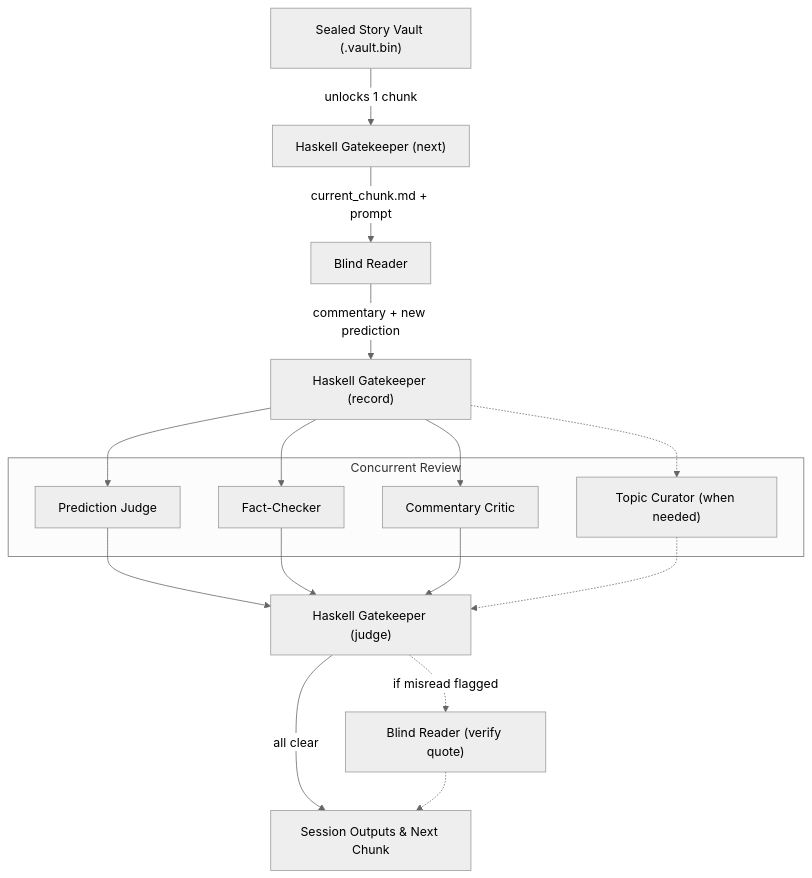
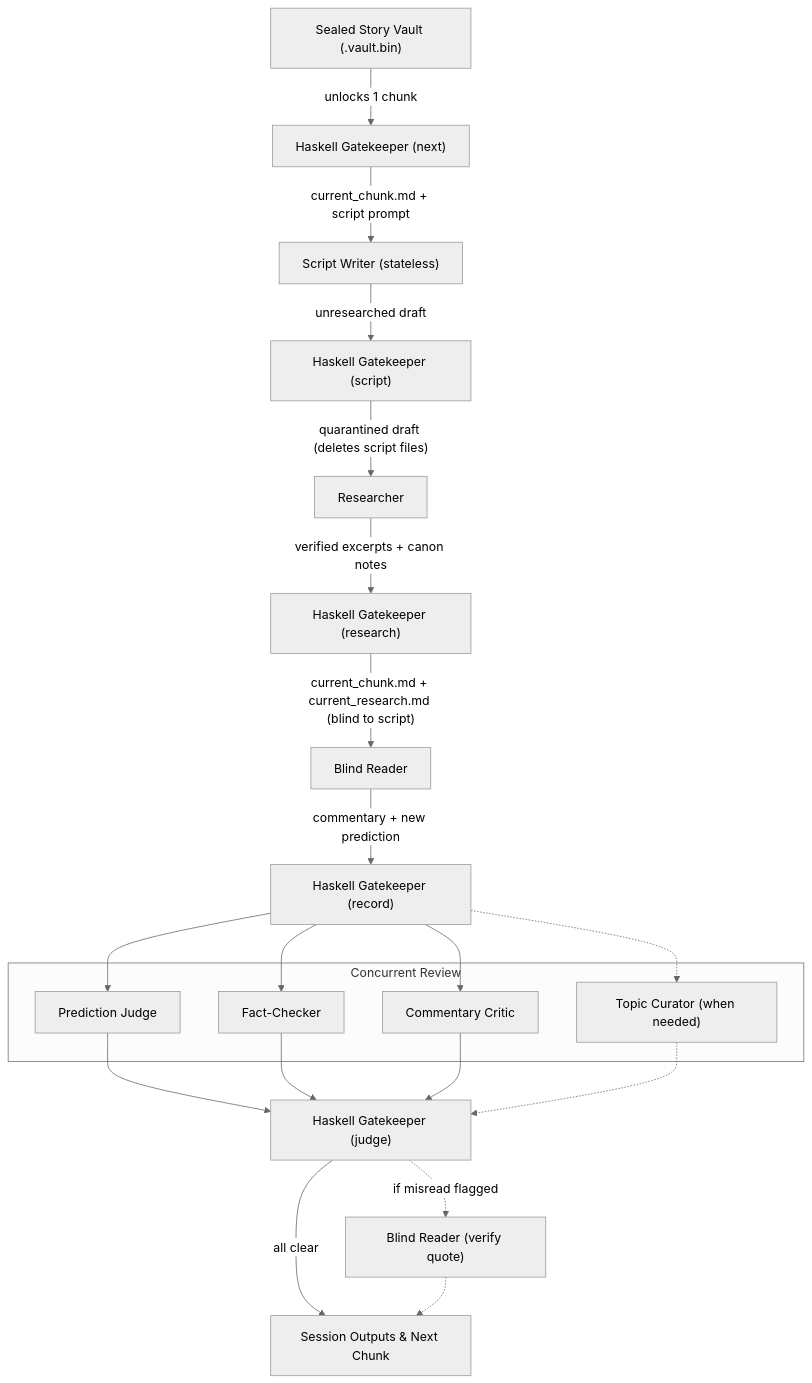
One commit to chungyc/agent-lets-read changed the diagram in README.md. Above: the diagram before and after it, drawn with Mermaid (neutral theme). The commit also changed other lines of this file and 26 other files, not shown here.

Commit message:
Workflow with script writer and researcher.

````diff
--- a/README.md
+++ b/README.md
@@ -110,27 +111,31 @@
 ```mermaid
 flowchart TD
     V["Sealed Story Vault (.vault.bin)"] -->|"unlocks 1 chunk"| GK1["Haskell Gatekeeper (next)"]
-    GK1 -->|"current_chunk.md + prompt"| BR["Blind Reader"]
+    GK1 -->|"current_chunk.md + script prompt"| SW["Script Writer (stateless)"]
+    SW -->|"unresearched draft"| GK_S["Haskell Gatekeeper (script)"]
+    GK_S -->|"quarantined draft (deletes script files)"| RES["Researcher"]
+    RES -->|"verified excerpts + canon notes"| GK_R["Haskell Gatekeeper (research)"]
+    GK_R -->|"current_chunk.md + current_research.md (blind to script)"| BR["Blind Reader"]
     BR -->|"commentary + new prediction"| GK2["Haskell Gatekeeper (record)"]
 
     subgraph Concurrent["Concurrent Review"]
         PJ["Prediction Judge"]
         FC["Fact-Checker"]
         CC["Commentary Critic"]
         TC["Topic Curator (when needed)"]
     end
 
     GK2 --> PJ
     GK2 --> FC
     GK2 --> CC
     GK2 -.-> TC
 
     PJ --> GK3["Haskell Gatekeeper (judge)"]
     FC --> GK3
     CC --> GK3
     TC -.-> GK3
 
     GK3 -->|"all clear"| Next["Session Outputs & Next Chunk"]
     GK3 -.->|"if misread flagged"| Discuss["Blind Reader (verify quote)"]
     Discuss -.-> Next
 ```
````
